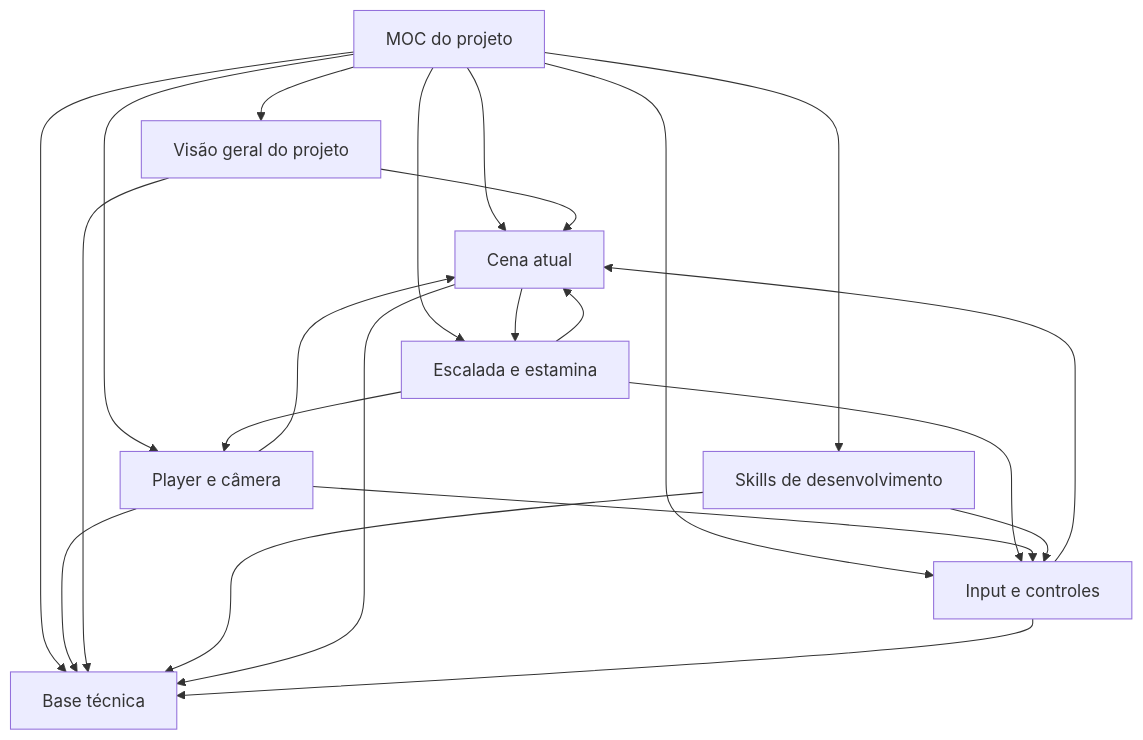
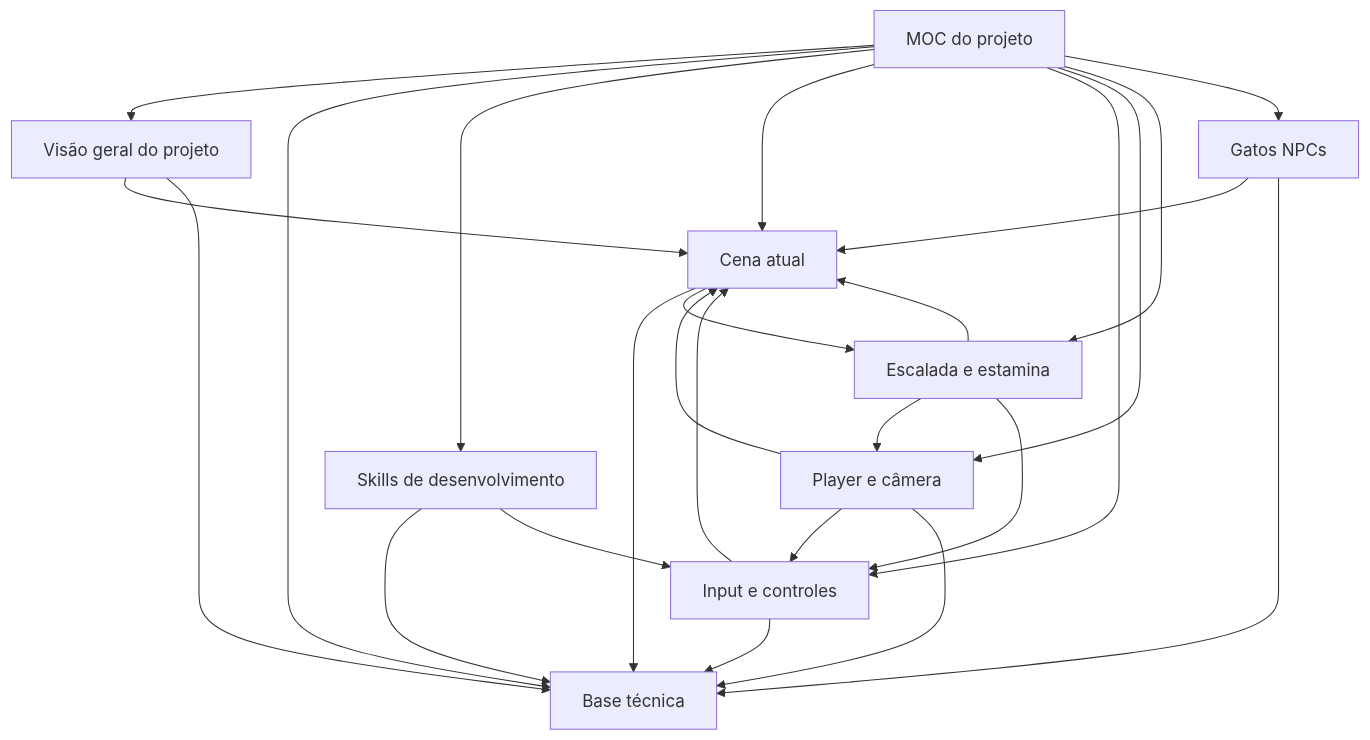
Before and after one commit to AlexYagam1/Ho-and-the-Bells-Guardians: the diagram in Assets/SecondBrain/00 - MOC.md, drawn with Mermaid. The commit also changed other lines of this file and 64 other files, not shown here.

````diff
--- a/Assets/SecondBrain/00 - MOC.md
+++ b/Assets/SecondBrain/00 - MOC.md
@@ -20,24 +21,27 @@
 ```mermaid
 graph TD
     MOC[ MOC do projeto ] --> P[ Visão geral do projeto ]
     MOC --> TEC[ Base técnica ]
     MOC --> SKILLS[ Skills de desenvolvimento ]
     MOC --> CENA[ Cena atual ]
     MOC --> INPUT[ Input e controles ]
     MOC --> PLAYER[ Player e câmera ]
     MOC --> CLIMB[ Escalada e estamina ]
+    MOC --> GATOS[ Gatos NPCs ]
+    GATOS --> CENA
+    GATOS --> TEC
     CLIMB --> PLAYER
     CLIMB --> INPUT
     CLIMB --> CENA
     PLAYER --> CENA
     PLAYER --> INPUT
     PLAYER --> TEC
     P --> CENA
     P --> TEC
     SKILLS --> TEC
     SKILLS --> INPUT
     CENA --> TEC
     CENA --> CLIMB
     INPUT --> TEC
     INPUT --> CENA
 ```
````
